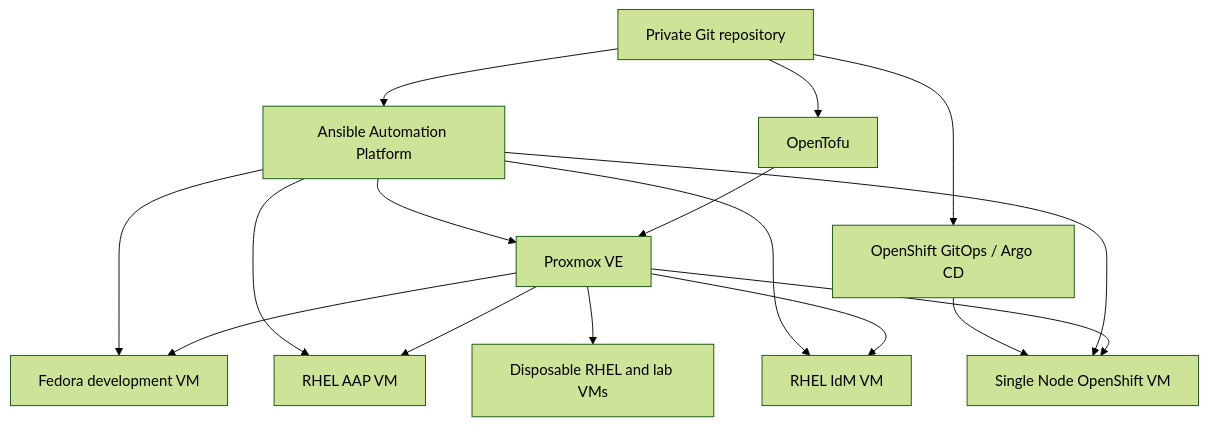
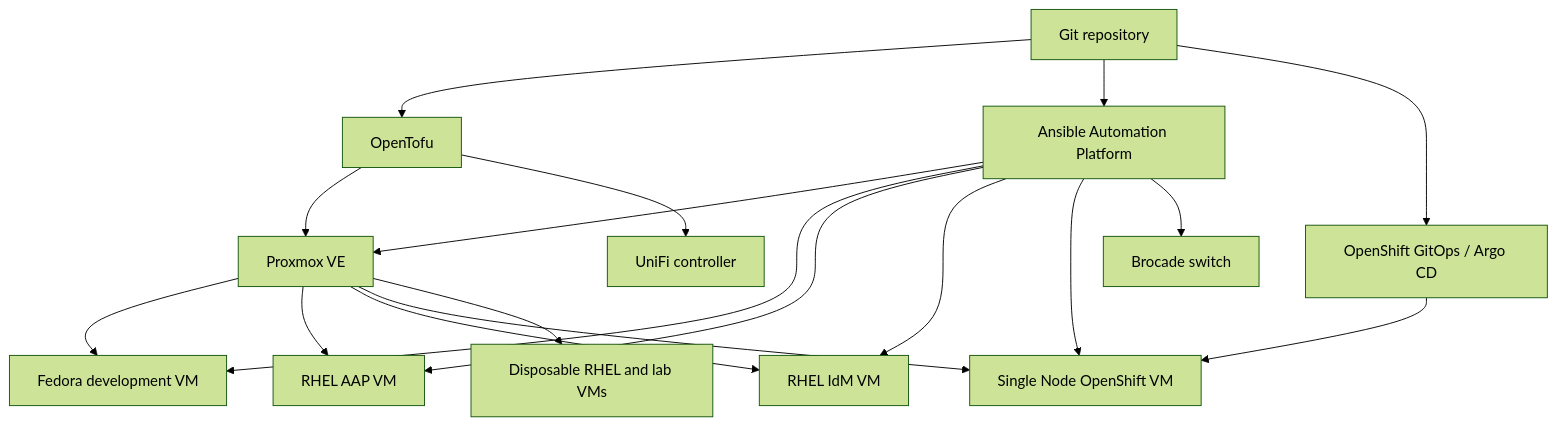
The diagram in README.md (mpeter/homelab-infra), drawn with Mermaid (forest theme) before and after one commit. The commit also changed other lines of this file and 11 other files, not shown here.

Commit message:
docs(network): add Brocade and UniFi management plan

````diff
--- a/README.md
+++ b/README.md
@@ -12,20 +12,22 @@
 ```mermaid
 flowchart TD
-    Git[Private Git repository] --> Tofu[OpenTofu]
+    Git[Git repository] --> Tofu[OpenTofu]
     Git --> AAP[Ansible Automation Platform]
     Git --> Argo[OpenShift GitOps / Argo CD]
 
     Tofu --> PVE[Proxmox VE]
     PVE --> Dev[Fedora development VM]
     PVE --> AAPVM[RHEL AAP VM]
     PVE --> IdM[RHEL IdM VM]
     PVE --> OCP[Single Node OpenShift VM]
     PVE --> Lab[Disposable RHEL and lab VMs]
 
     AAP --> PVE
     AAP --> Dev
     AAP --> AAPVM
     AAP --> IdM
     AAP --> OCP
+    AAP --> Brocade[Brocade switch]
+    Tofu --> UniFi[UniFi controller]
     Argo --> OCP
 ```
````
